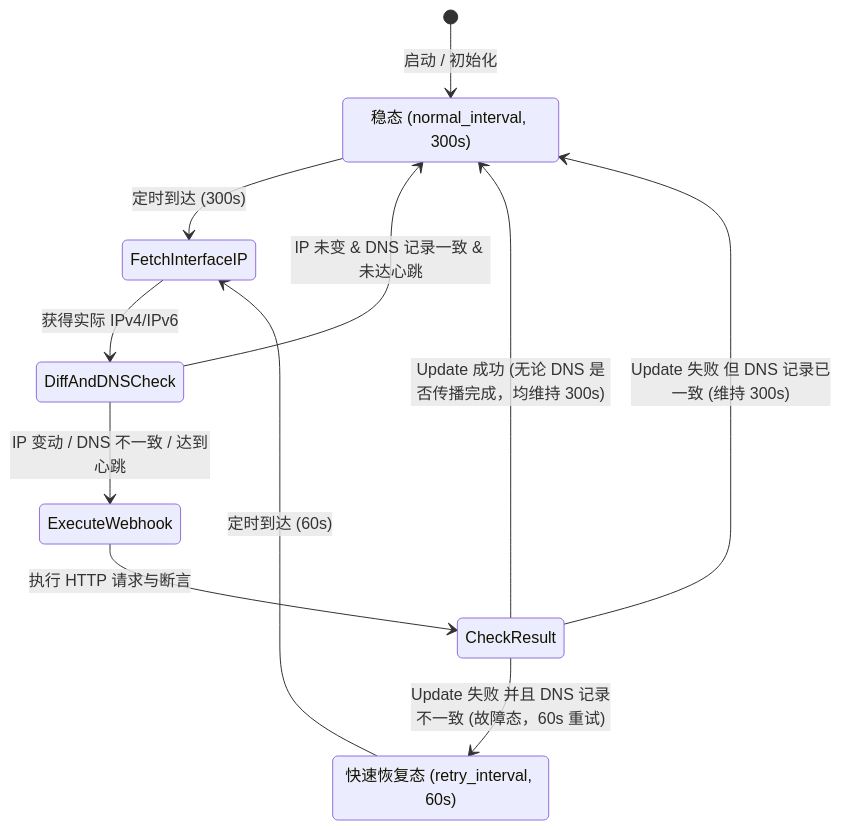
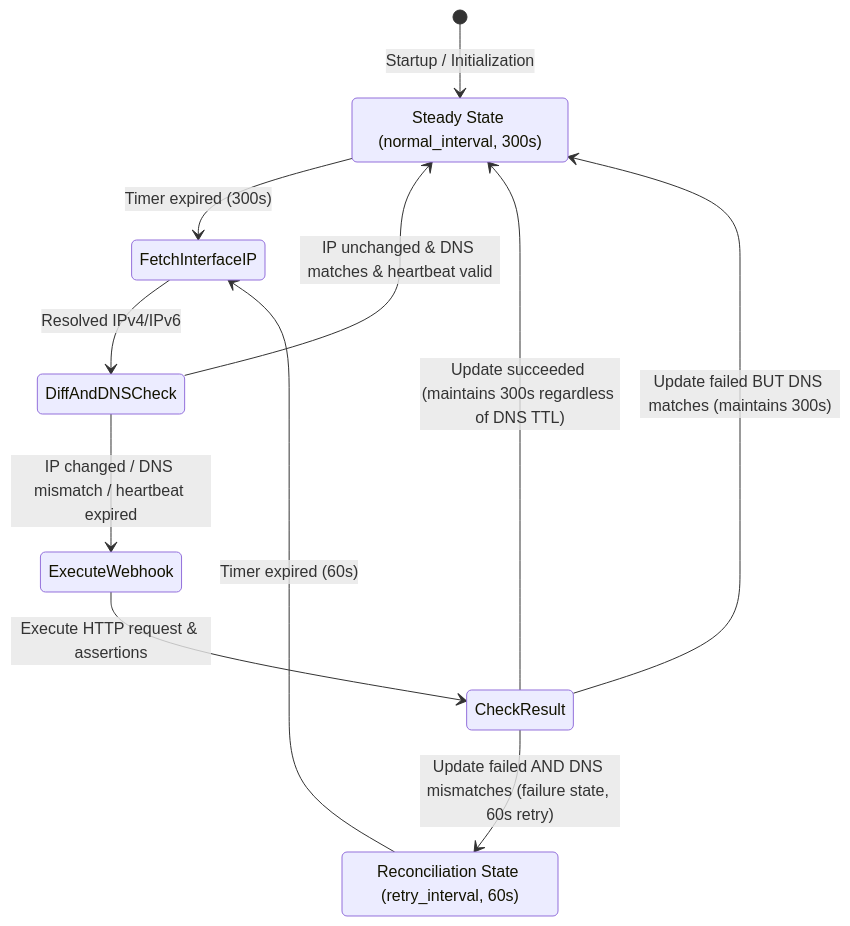
One commit to spritetong/rdns changed the third of 3 diagrams in docs/DESIGN.md. Above: the diagram before and after it, drawn with Mermaid. The commit also changed other lines of this file and 2 other files, not shown here.

````diff
--- a/docs/DESIGN.md
+++ b/docs/DESIGN.md
@@ -404,20 +414,20 @@
 ```mermaid
 stateDiagram-v2
-    [*] --> SteadyState: 启动 / 初始化
+    [*] --> SteadyState: Startup / Initialization
     
-    state "稳态 (normal_interval, 300s)" as SteadyState
-    state "快速恢复态 (retry_interval, 60s)" as RetryState
+    state "Steady State (normal_interval, 300s)" as SteadyState
+    state "Reconciliation State (retry_interval, 60s)" as RetryState
 
-    SteadyState --> FetchInterfaceIP: 定时到达 (300s)
-    RetryState --> FetchInterfaceIP: 定时到达 (60s)
+    SteadyState --> FetchInterfaceIP: Timer expired (300s)
+    RetryState --> FetchInterfaceIP: Timer expired (60s)
 
-    FetchInterfaceIP --> DiffAndDNSCheck: 获得实际 IPv4/IPv6
-    DiffAndDNSCheck --> SteadyState: IP 未变 & DNS 记录一致 & 未达心跳
-    DiffAndDNSCheck --> ExecuteWebhook: IP 变动 / DNS 不一致 / 达到心跳
+    FetchInterfaceIP --> DiffAndDNSCheck: Resolved IPv4/IPv6
+    DiffAndDNSCheck --> SteadyState: IP unchanged & DNS matches & heartbeat valid
+    DiffAndDNSCheck --> ExecuteWebhook: IP changed / DNS mismatch / heartbeat expired
 
-    ExecuteWebhook --> CheckResult: 执行 HTTP 请求与断言
+    ExecuteWebhook --> CheckResult: Execute HTTP request & assertions
 
-    CheckResult --> SteadyState: Update 成功 (无论 DNS 是否传播完成，均维持 300s)
-    CheckResult --> RetryState: Update 失败 并且 DNS 记录不一致 (故障态，60s 重试)
-    CheckResult --> SteadyState: Update 失败 但 DNS 记录已一致 (维持 300s)
+    CheckResult --> SteadyState: Update succeeded (maintains 300s regardless of DNS TTL)
+    CheckResult --> RetryState: Update failed AND DNS mismatches (failure state, 60s retry)
+    CheckResult --> SteadyState: Update failed BUT DNS matches (maintains 300s)
 ```
````
